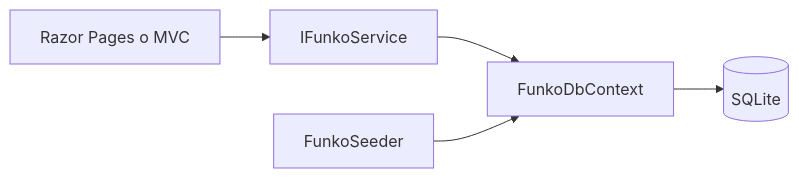
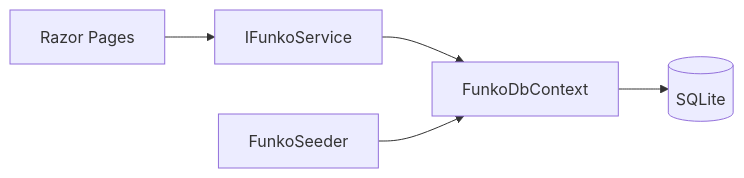
One commit to Cristian-1990/FunkoWeb changed the diagram in README.md. Above: the diagram before and after it, drawn with Mermaid. The commit also changed other lines of this file, not shown here.

Commit message:
docs: actualizar README y diseño tras quitar MVC

````diff
--- a/README.md
+++ b/README.md
@@ -18,7 +17,7 @@
 ```mermaid
 flowchart LR
-    UI[Razor Pages o MVC] --> Servicio[IFunkoService]
+    UI[Razor Pages] --> Servicio[IFunkoService]
     Servicio --> Contexto[FunkoDbContext]
     Contexto --> BD[(SQLite)]
     Semilla[FunkoSeeder] --> Contexto
 ```
````
